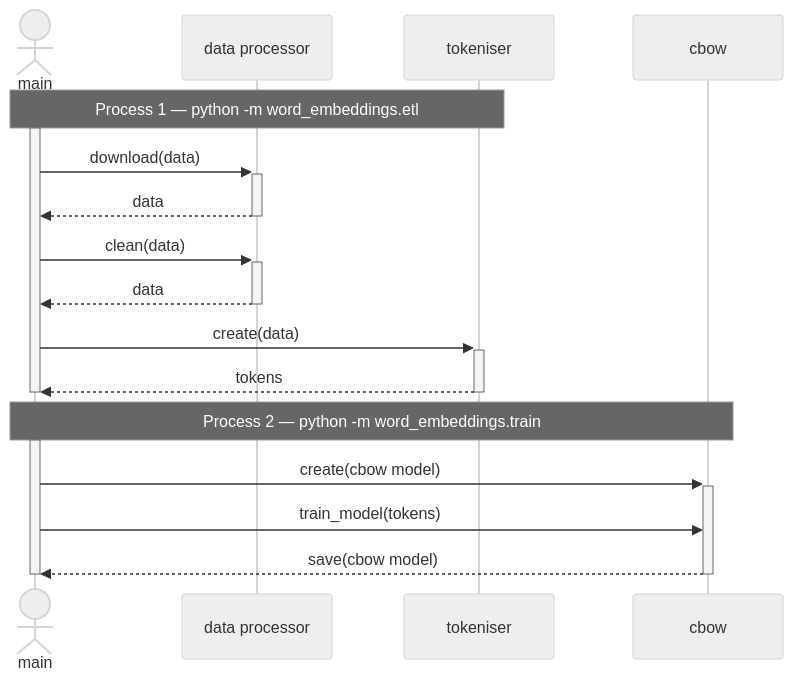
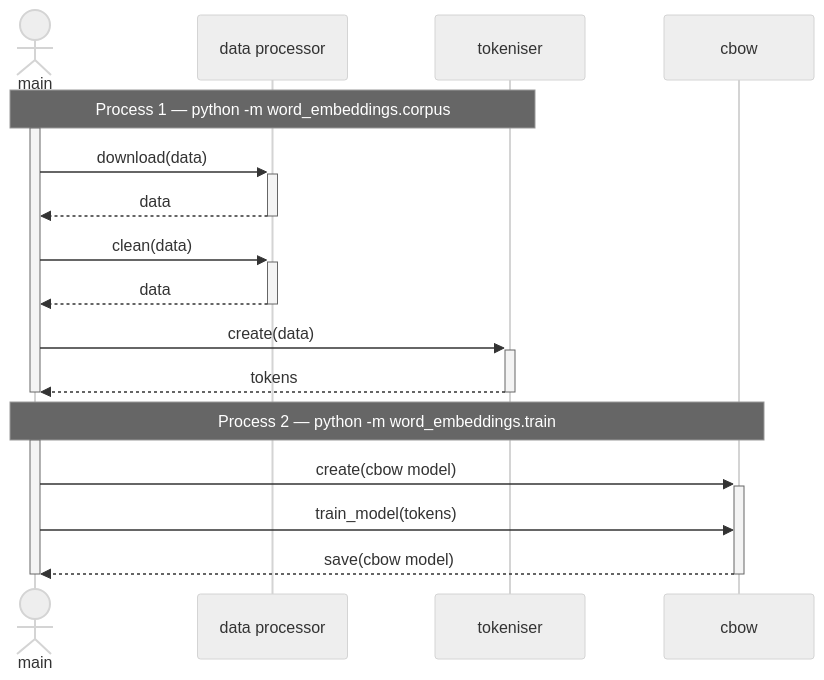
Before and after one commit to RoshBeed/ai-residency: the second of 3 diagrams in services/word-embeddings/README.md, drawn with Mermaid (neutral theme). The commit also changed other lines of this file and 42 other files, not shown here.

````diff
--- a/services/word-embeddings/README.md
+++ b/services/word-embeddings/README.md
@@ -459,24 +459,24 @@
 ```mermaid
 sequenceDiagram
     actor main
     participant dp as data processor
     participant tok as tokeniser
     participant cbow
 
-    Note over main,tok: Process 1 — python -m word_embeddings.etl
+    Note over main,tok: Process 1 — python -m word_embeddings.corpus
     activate main
     main->>+dp: download(data)
     dp-->>-main: data
     main->>+dp: clean(data)
     dp-->>-main: data
     main->>+tok: create(data)
     tok-->>-main: tokens
     deactivate main
 
     Note over main,cbow: Process 2 — python -m word_embeddings.train
     activate main
     main->>+cbow: create(cbow model)
     main->>cbow: train_model(tokens)
     cbow-->>-main: save(cbow model)
     deactivate main
 ```
````
